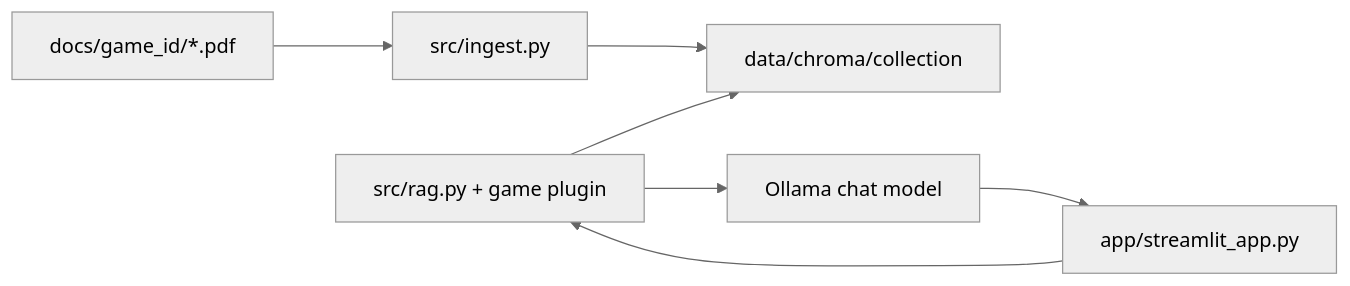
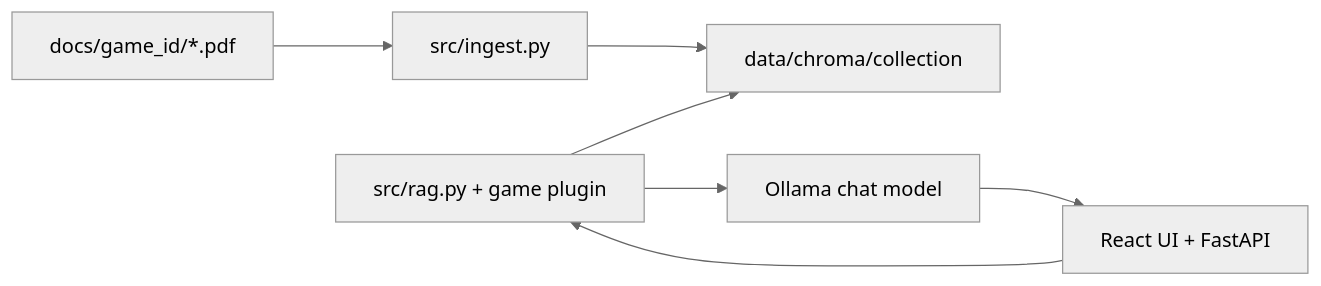
The diagram in docs/HOW_IT_WORKS.md (Celssi/rulebook-ai), drawn with Mermaid (neutral theme) before and after one commit. The commit also changed other lines of this file and 69 other files, not shown here.

First line of the commit message:
Replace Streamlit with React dashboard and FastAPI backend.

````diff
--- a/docs/HOW_IT_WORKS.md
+++ b/docs/HOW_IT_WORKS.md
@@ -13,16 +13,16 @@
 ```mermaid
 flowchart LR
   PDFs[docs/game_id/*.pdf]
   Ingest[src/ingest.py]
   Chroma[data/chroma/collection]
   Retrieve[src/rag.py + game plugin]
   LLM[Ollama chat model]
-  UI[app/streamlit_app.py]
+  UI[React UI + FastAPI]
 
   PDFs --> Ingest
   Ingest --> Chroma
   UI --> Retrieve
   Retrieve --> Chroma
   Retrieve --> LLM
   LLM --> UI
 ```
````
